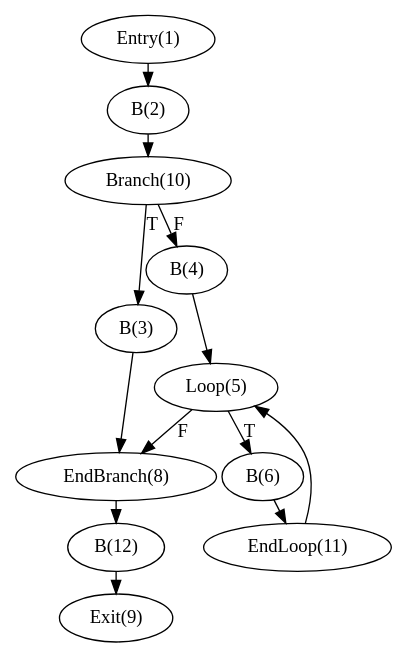
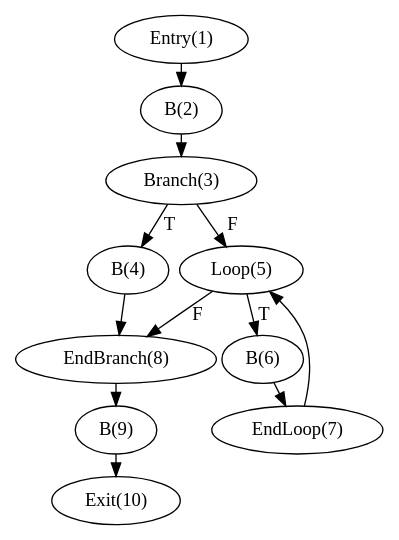
The diagram in paper/cfg_ts.dot (sriharikrishna/OpenADF_Manual), drawn with Graphviz before and after one commit. The commit also changed 10 other files, not shown here.

```diff
--- a/paper/cfg_ts.dot
+++ b/paper/cfg_ts.dot
@@ -1,27 +1,25 @@
 digraph cfg_topologically_sorted {
 nodesep=.05;
 ranksep=.05;
 HEX8362bf0[label="Entry(1)"];
 HEX8362c40[label="B(2)"];
-HEX8362c90[label="Branch(10)"];
-HEX8362ce0[label="B(3)"];
+HEX8362c90[label="Branch(3)"];
+HEX8362ce0[label="B(4)"];
 HEX8362d30[label="EndBranch(8)"];
-HEX8362d80[label="B(12)"];
-HEX8362dd0[label="Exit(9)"];
-HEX8362e20[label="B(4)"];
+HEX8362d80[label="B(9)"];
+HEX8362dd0[label="Exit(10)"];
 HEX8362e70[label="Loop(5)"];
 HEX8362ec0[label="B(6)"];
-HEX8362f10[label="EndLoop(11)"];
+HEX8362f10[label="EndLoop(7)"];
 HEX8362bf0->HEX8362c40 ;
 HEX8362c40->HEX8362c90 ;
 HEX8362ce0->HEX8362d30 ;
-HEX8362e20->HEX8362e70 ;
-HEX8362e70->HEX8362ec0 [label="T"];
+HEX8362e70->HEX8362ec0 [label=" T"];
 HEX8362e70->HEX8362d30 [label="F"];
 HEX8362ec0->HEX8362f10 ;
 HEX8362d30->HEX8362d80 ;
-HEX8362c90->HEX8362ce0 [label="T"];
-HEX8362c90->HEX8362e20 [label="F"];
+HEX8362c90->HEX8362ce0 [label=" T"];
+HEX8362c90->HEX8362e70 [label="  F"];
 HEX8362f10->HEX8362e70 ;
 HEX8362d80->HEX8362dd0 ;
 }
```
